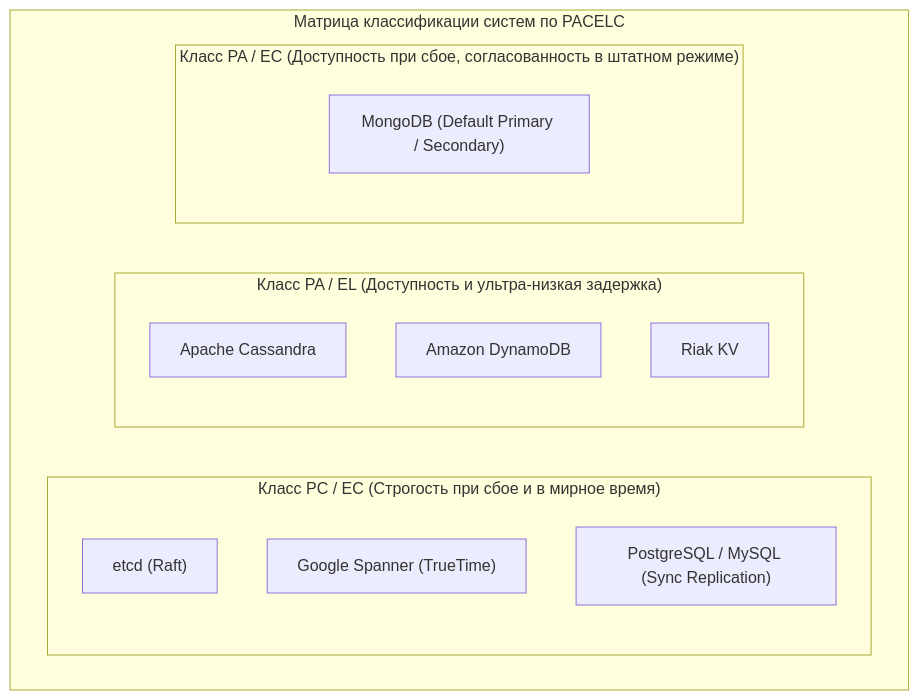
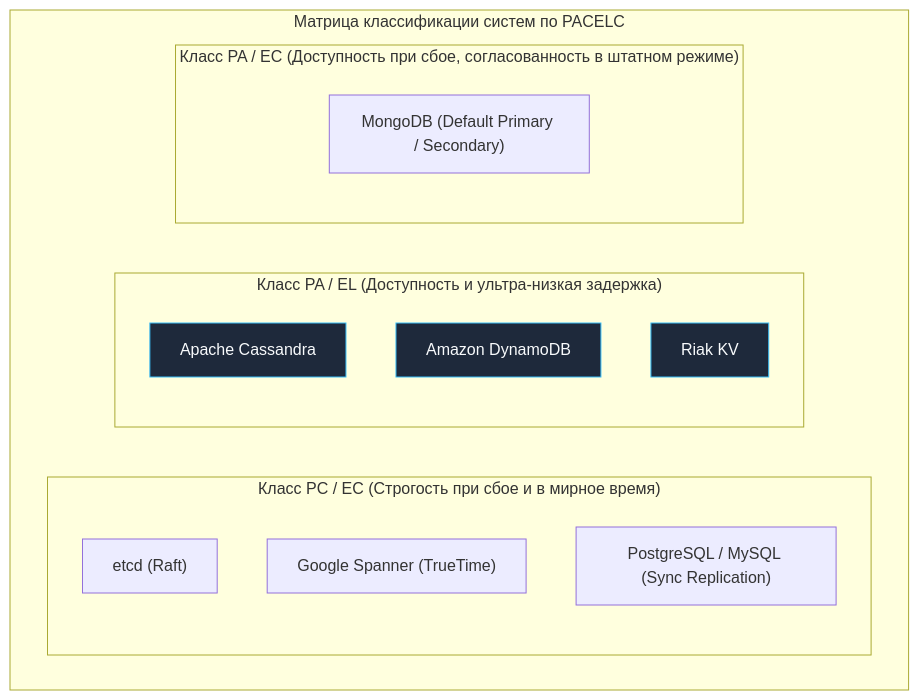
The third of 3 diagrams in sources/14. Распределенные системы на Go/01. Основы/8. PACELC.md (UnrealTemplier/go-textbook), drawn with Mermaid before and after one commit. The commit also changed other lines of this file and 1666 other files, not shown here.

First line of the commit message:
feat(mermaid): add semantic color classDef to 1369 colorless flowchart/graph diagrams

````diff
--- a/sources/14. Распределенные системы на Go/01. Основы/8. PACELC.md
+++ b/sources/14. Распределенные системы на Go/01. Основы/8. PACELC.md
@@ -109,18 +119,28 @@
 ```mermaid
 flowchart TD
+    classDef process  fill:#1e293b,stroke:#38bdf8,stroke-width:1px,color:#f8fafc
+    classDef success  fill:#064e3b,stroke:#34d399,stroke-width:1px,color:#f8fafc
+    classDef error    fill:#7f1d1d,stroke:#f87171,stroke-width:1px,color:#f8fafc
+    classDef warning  fill:#78350f,stroke:#fbbf24,stroke-width:1px,color:#f8fafc
+    classDef entry    fill:#1e3a5f,stroke:#38bdf8,stroke-width:2px,color:#f8fafc
+    classDef aux      fill:#334155,stroke:#64748b,stroke-width:1px,color:#f8fafc
+    classDef system   fill:#312e81,stroke:#a78bfa,stroke-width:1px,color:#f8fafc
+    classDef data     fill:#132d29,stroke:#2dd4bf,stroke-width:1px,color:#f8fafc
+    classDef network  fill:#881337,stroke:#fb7185,stroke-width:1px,color:#f8fafc
+    classDef accent   fill:#1e1b4b,stroke:#818cf8,stroke-width:1px,color:#f8fafc
     subgraph Matrix["Матрица классификации систем по PACELC"]
         subgraph PCEC["Класс PC / EC (Строгость при сбое и в мирное время)"]
             P1["etcd (Raft)"]
             P2["Google Spanner (TrueTime)"]
             P3["PostgreSQL / MySQL (Sync Replication)"]
         end
         subgraph PAEL["Класс PA / EL (Доступность и ультра-низкая задержка)"]
-            A1["Apache Cassandra"]
-            A2["Amazon DynamoDB"]
-            A3["Riak KV"]
+            A1["Apache Cassandra"]:::process
+            A2["Amazon DynamoDB"]:::process
+            A3["Riak KV"]:::process
         end
         subgraph PAEC["Класс PA / EC (Доступность при сбое, согласованность в штатном режиме)"]
             M1["MongoDB (Default Primary / Secondary)"]
         end
     end
 ```
````
